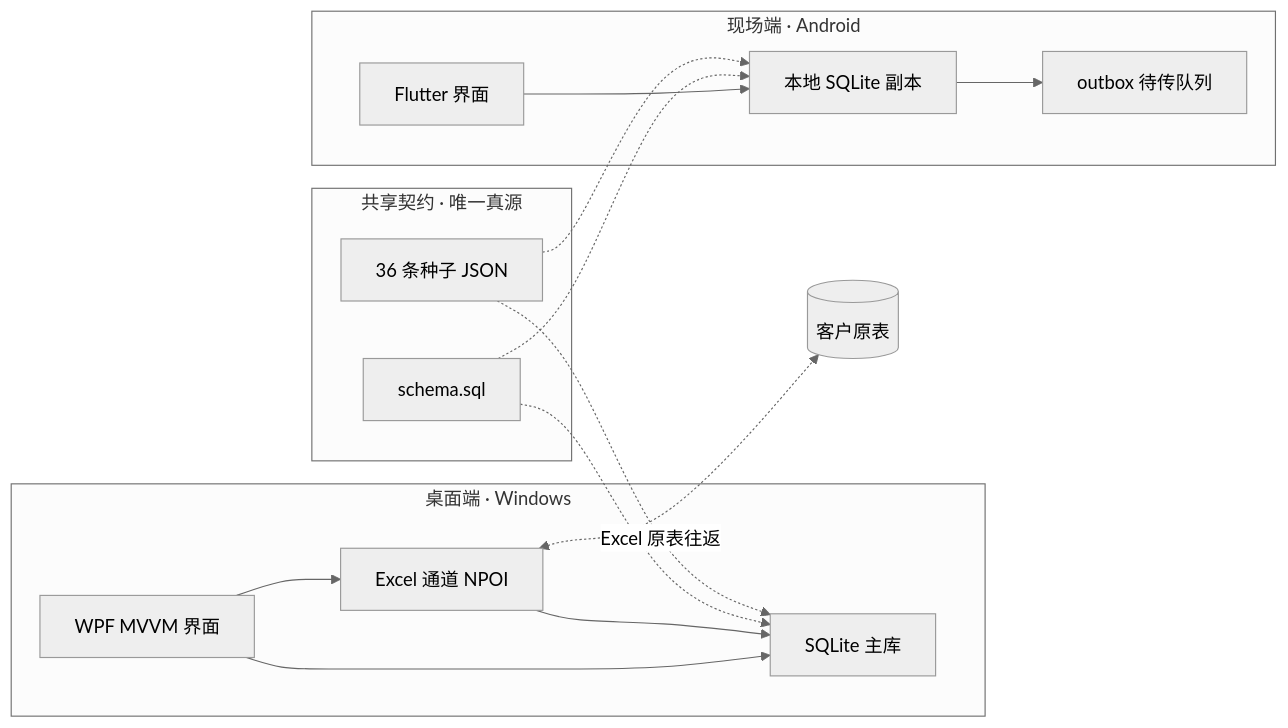
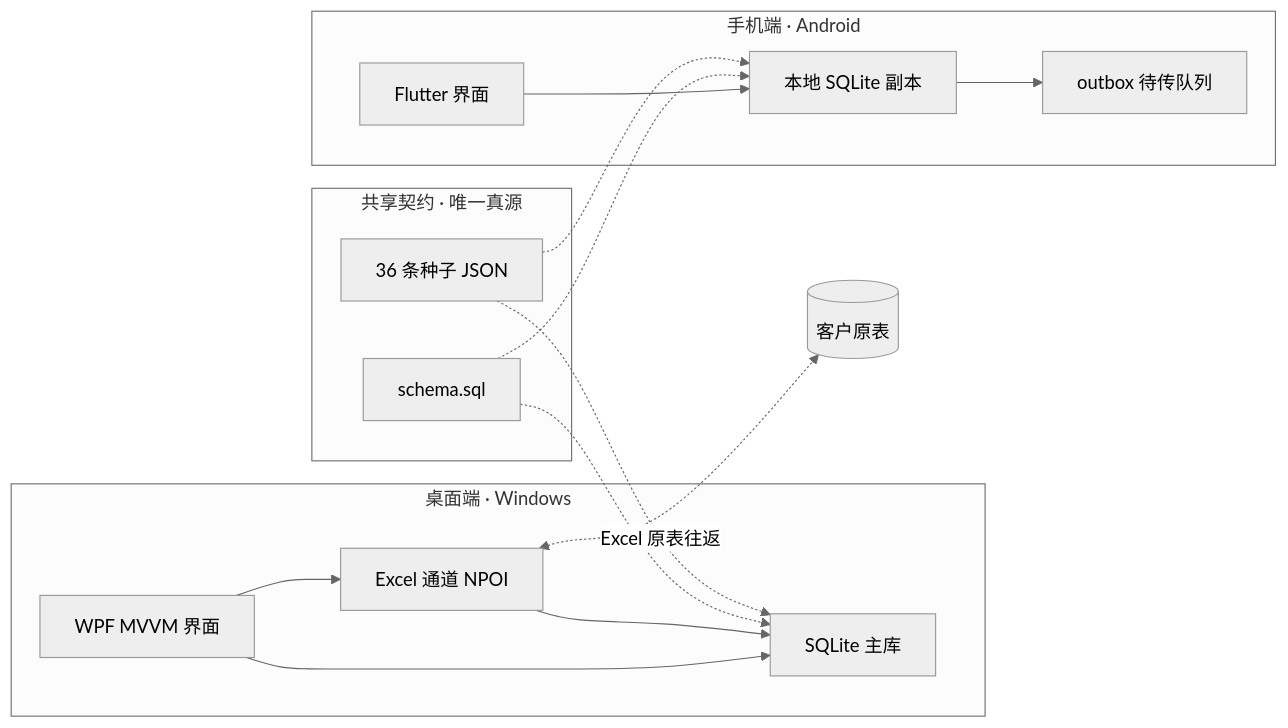
One commit to lq700212/Sinan changed the diagram in README.md. Above: the diagram before and after it, drawn with Mermaid (neutral theme). The commit also changed other lines of this file and 120 other files, not shown here.

First line of the commit message:
双端 MVP 闭环：手机端全页面落地 + 桌面端测试/图标/冒烟收口 + 文档按端拆分

````diff
--- a/README.md
+++ b/README.md
@@ -89,30 +156,30 @@
 ```mermaid
 graph LR
     subgraph 桌面端["桌面端 · Windows"]
         A1[WPF MVVM 界面]
         A2[SQLite 主库]
         A3[Excel 通道 NPOI]
         A1 --> A2
         A1 --> A3
         A3 --> A2
     end
 
-    subgraph 现场端["现场端 · Android"]
+    subgraph 手机端["手机端 · Android"]
         B1[Flutter 界面]
         B2[本地 SQLite 副本]
         B3[outbox 待传队列]
         B1 --> B2
         B2 --> B3
     end
 
     subgraph 共享["共享契约 · 唯一真源"]
         C1[schema.sql]
         C2[36 条种子 JSON]
     end
 
     C1 -.-> A2
     C1 -.-> B2
     C2 -.-> A2
     C2 -.-> B2
     A3 <-.->|Excel 原表往返| D[(客户原表)]
 ```
````
